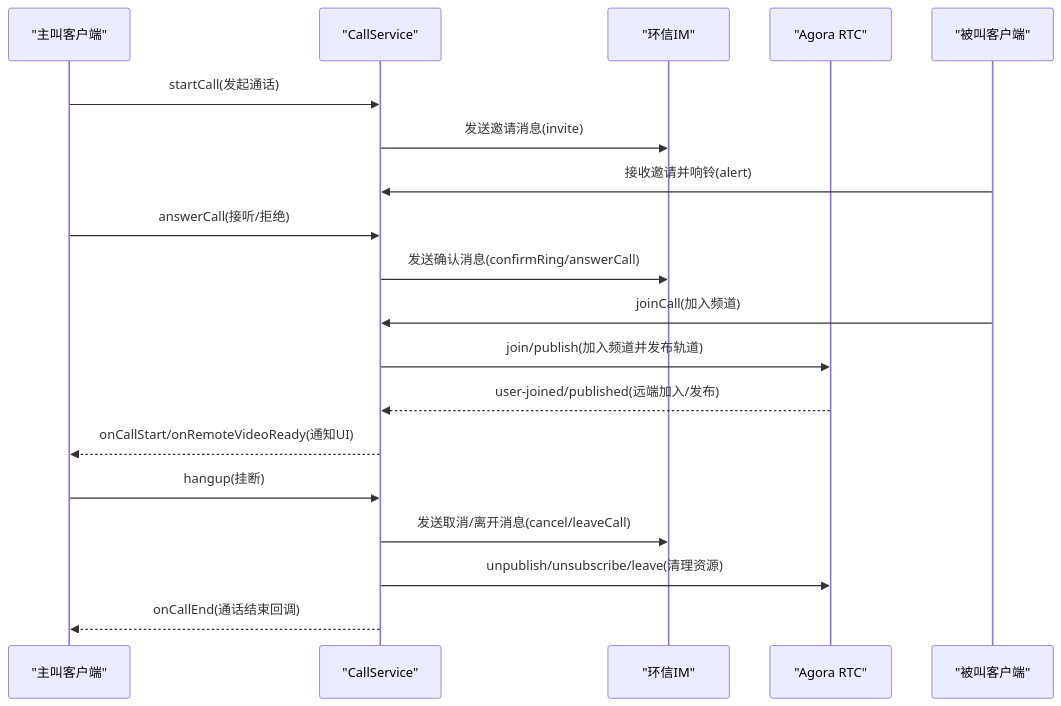
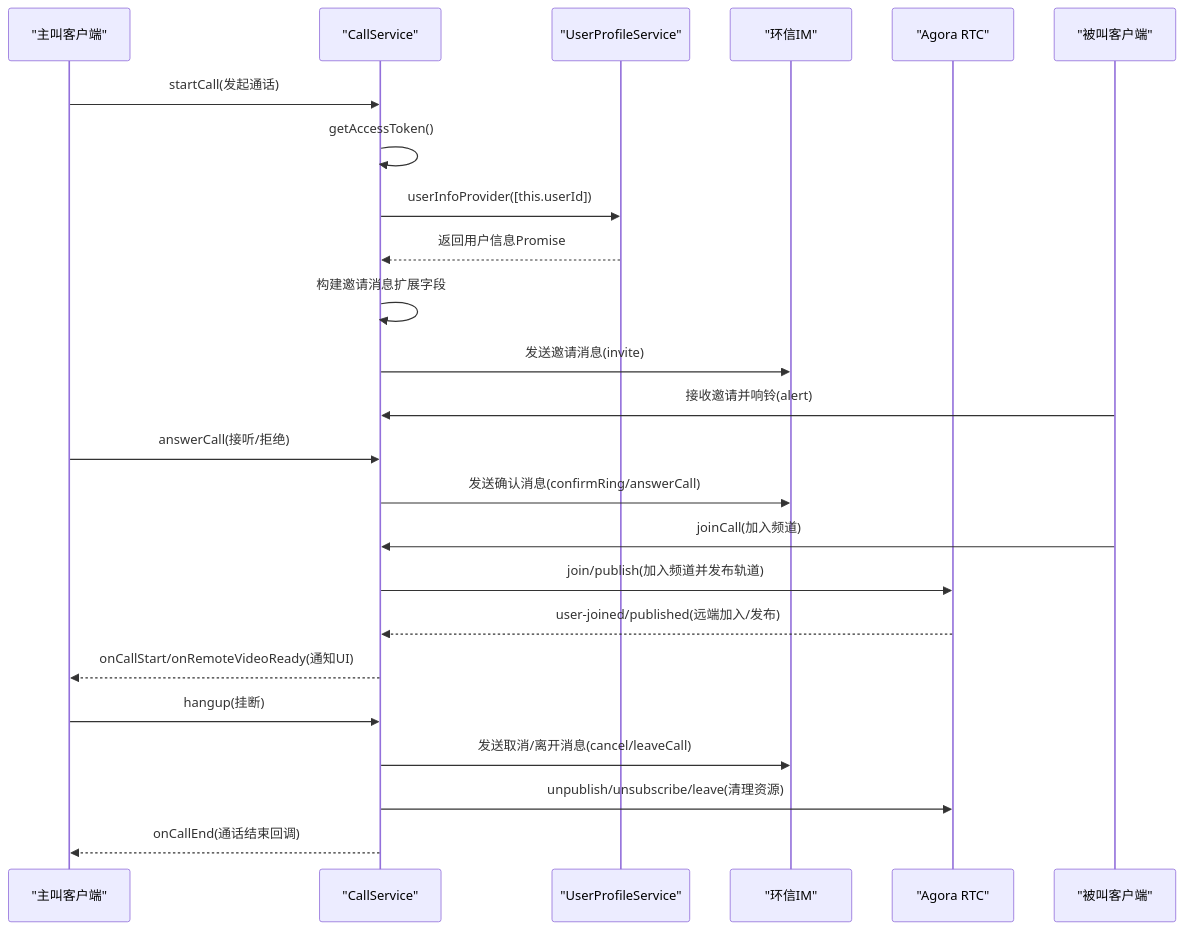
One commit to Easemob-Community/easemob-uikit-callkit-vue3 changed the second of 9 diagrams in .qoder/repowiki/zh/content/服务层/通话服务 (CallService).md. Above: the diagram before and after it, drawn with Mermaid. The commit also changed other lines of this file and 15 other files, not shown here.

````diff
--- a/.qoder/repowiki/zh/content/服务层/通话服务 (CallService).md
+++ b/.qoder/repowiki/zh/content/服务层/通话服务 (CallService).md
@@ -120,21 +135,26 @@
 ```mermaid
 sequenceDiagram
 participant Caller as "主叫客户端"
 participant CS as "CallService"
+participant UPS as "UserProfileService"
 participant IM as "环信IM"
 participant AG as "Agora RTC"
 participant Callee as "被叫客户端"
 Caller->>CS : startCall(发起通话)
+CS->>CS : getAccessToken()
+CS->>UPS : userInfoProvider([this.userId])
+UPS-->>CS : 返回用户信息Promise
+CS->>CS : 构建邀请消息扩展字段
 CS->>IM : 发送邀请消息(invite)
 Callee->>CS : 接收邀请并响铃(alert)
 Caller->>CS : answerCall(接听/拒绝)
 CS->>IM : 发送确认消息(confirmRing/answerCall)
 Callee->>CS : joinCall(加入频道)
 CS->>AG : join/publish(加入频道并发布轨道)
 AG-->>CS : user-joined/published(远端加入/发布)
 CS-->>Caller : onCallStart/onRemoteVideoReady(通知UI)
 Caller->>CS : hangup(挂断)
 CS->>IM : 发送取消/离开消息(cancel/leaveCall)
 CS->>AG : unpublish/unsubscribe/leave(清理资源)
 CS-->>Caller : onCallEnd(通话结束回调)
 ```
````
